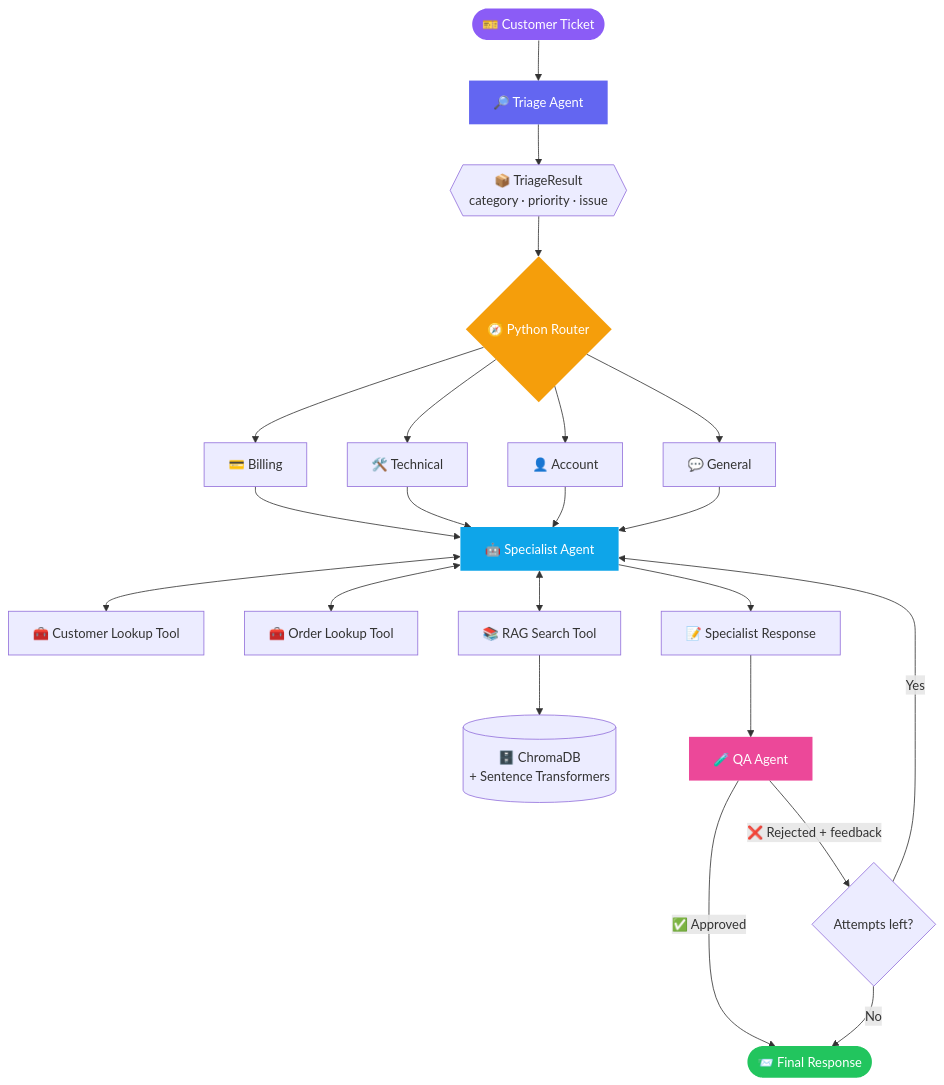
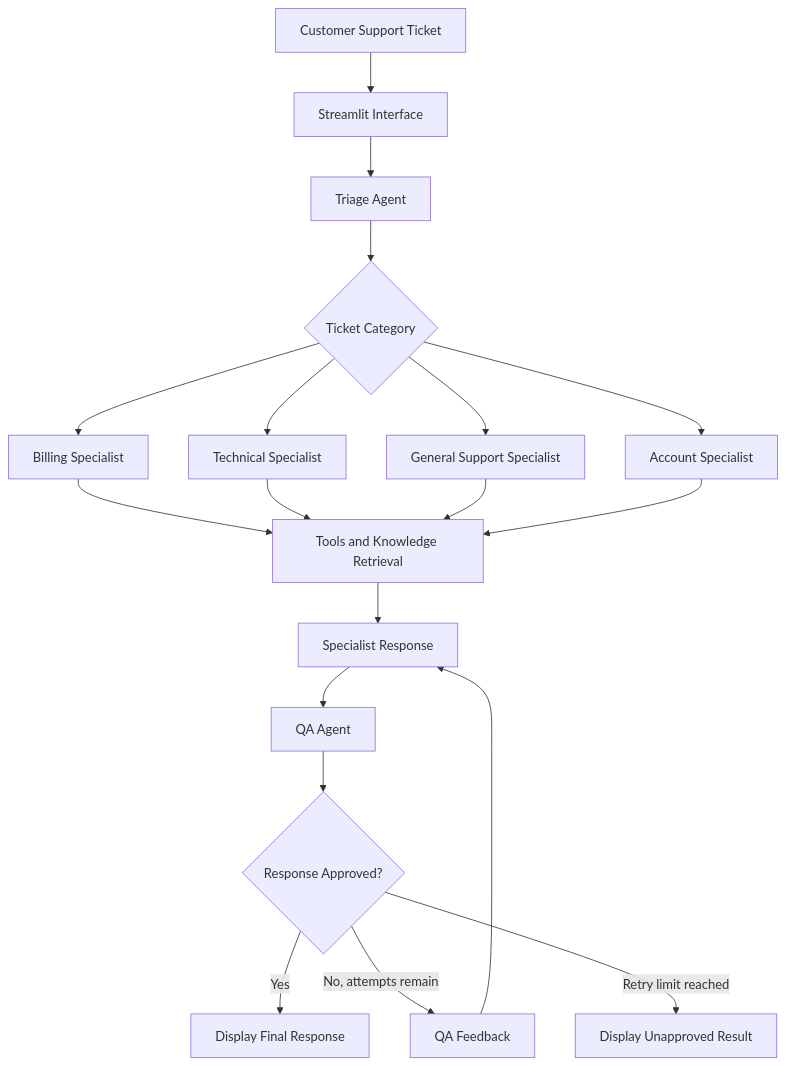
Before and after one commit to Mahee0117/Ticket_resolver_crewai: the diagram in README.md, drawn with Mermaid. The commit also changed other lines of this file and 8 other files, not shown here.

````diff
--- a/README.md
+++ b/README.md
@@ -97,30 +37,25 @@
 ```mermaid
 flowchart TD
-    A([🎫 Customer Ticket]) --> B[🔎 Triage Agent]
-    B --> C{{📦 TriageResult<br/>category · priority · issue}}
-    C --> D{🧭 Python Router}
-    D --> E[💳 Billing]
-    D --> F[🛠️ Technical]
-    D --> G[👤 Account]
-    D --> H[💬 General]
-    E & F & G & H --> S[🤖 Specialist Agent]
+    A[Customer Support Ticket] --> B[Streamlit Interface]
+    B --> C[Triage Agent]
+    C --> D{Ticket Category}
 
-    S <--> T1[🧰 Customer Lookup Tool]
-    S <--> T2[🧰 Order Lookup Tool]
-    S <--> T3[📚 RAG Search Tool]
-    T3 --> KB[(🗄️ ChromaDB<br/>+ Sentence Transformers)]
+    D --> E[Billing Specialist]
+    D --> F[Technical Specialist]
+    D --> G[General Support Specialist]
+    D --> H[Account Specialist]
 
-    S --> R[📝 Specialist Response]
-    R --> Q[🧪 QA Agent]
-    Q -->|✅ Approved| Z([📨 Final Response])
-    Q -->|❌ Rejected + feedback| L{Attempts left?}
-    L -->|Yes| S
-    L -->|No| Z
+    E --> I[Tools and Knowledge Retrieval]
+    F --> I
+    G --> I
+    H --> I
 
-    style A fill:#8b5cf6,color:#fff,stroke:none
-    style B fill:#6366f1,color:#fff,stroke:none
-    style D fill:#f59e0b,color:#fff,stroke:none
-    style S fill:#0ea5e9,color:#fff,stroke:none
-    style Q fill:#ec4899,color:#fff,stroke:none
-    style Z fill:#22c55e,color:#fff,stroke:none
+    I --> J[Specialist Response]
+    J --> K[QA Agent]
+    K --> L{Response Approved?}
+
+    L -->|Yes| M[Display Final Response]
+    L -->|No, attempts remain| N[QA Feedback]
+    N --> J
+    L -->|Retry limit reached| O[Display Unapproved Result]
 ```
````
